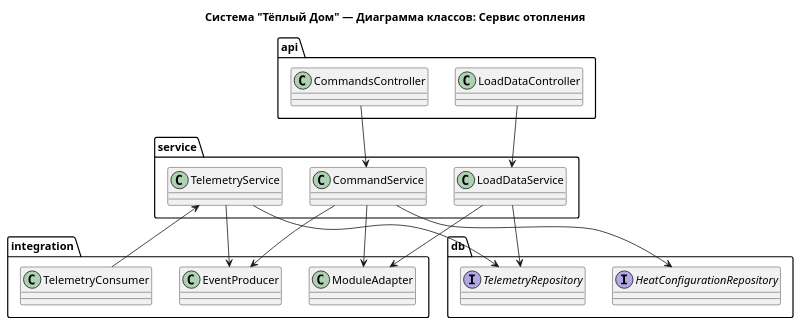
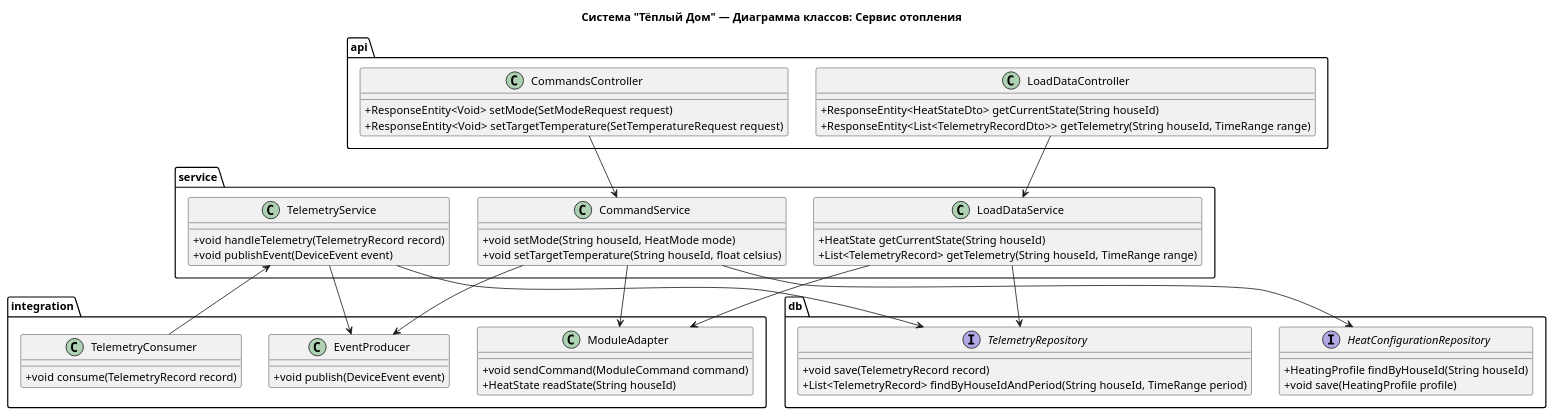
One commit to kalach77rus/warmhouse changed the diagram in schemas/code/WarmHouse_Code_heat.puml. Above: the diagram before and after it, drawn with PlantUML. The commit also changed 2 other files, not shown here.

```diff
--- a/schemas/code/WarmHouse_Code_heat.puml
+++ b/schemas/code/WarmHouse_Code_heat.puml
@@ -1,77 +1,85 @@
 @startuml warmhouse heat class diagram
 
 title Система "Тёплый Дом" — Диаграмма классов: Сервис отопления
 
 skinparam classAttributeIconSize 0
 
 package "api" {
 
     class CommandsController {
-
+        + ResponseEntity<Void> setMode(SetModeRequest request)
+        + ResponseEntity<Void> setTargetTemperature(SetTemperatureRequest request)
     }
 
     class LoadDataController {
-
+        + ResponseEntity<HeatStateDto> getCurrentState(String houseId)
+        + ResponseEntity<List<TelemetryRecordDto>> getTelemetry(String houseId, TimeRange range)
     }
 
 }
 
 package "service" {
 
     class CommandService {
-
+        + void setMode(String houseId, HeatMode mode)
+        + void setTargetTemperature(String houseId, float celsius)
     }
 
     class LoadDataService {
-
+        + HeatState getCurrentState(String houseId)
+        + List<TelemetryRecord> getTelemetry(String houseId, TimeRange range)
     }
 
     class TelemetryService {
-
+        + void handleTelemetry(TelemetryRecord record)
+        + void publishEvent(DeviceEvent event)
     }
 
 }
 
 package "integration" {
 
     class ModuleAdapter {
-
+        + void sendCommand(ModuleCommand command)
+        + HeatState readState(String houseId)
     }
 
     class EventProducer {
-
+        + void publish(DeviceEvent event)
     }
 
     class TelemetryConsumer {
-
+        + void consume(TelemetryRecord record)
     }
 
 }
 
 package "db" {
 
     interface HeatConfigurationRepository {
-
+        + HeatingProfile findByHouseId(String houseId)
+        + void save(HeatingProfile profile)
     }
 
     interface TelemetryRepository {
-
+        + void save(TelemetryRecord record)
+        + List<TelemetryRecord> findByHouseIdAndPeriod(String houseId, TimeRange period)
     }
 
 }
 
 CommandsController -down-> CommandService
 LoadDataController -down-> LoadDataService
 
 TelemetryService -down-> TelemetryRepository
 LoadDataService -down-> TelemetryRepository
 CommandService -down-> HeatConfigurationRepository
 
 LoadDataService --> ModuleAdapter
 CommandService --> ModuleAdapter 
 CommandService --> EventProducer 
 TelemetryService --> EventProducer 
 TelemetryConsumer --> TelemetryService
 
 
 @enduml
```
